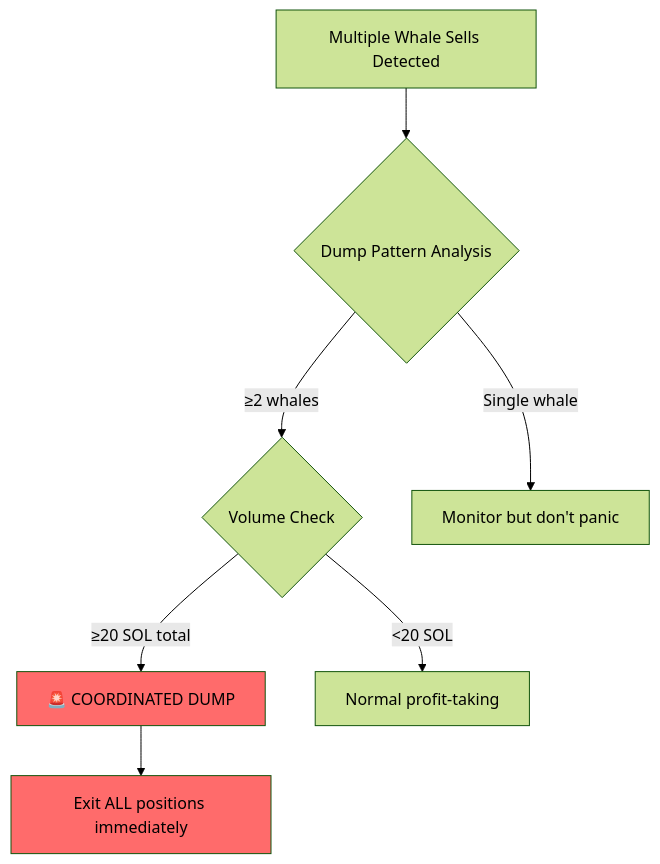
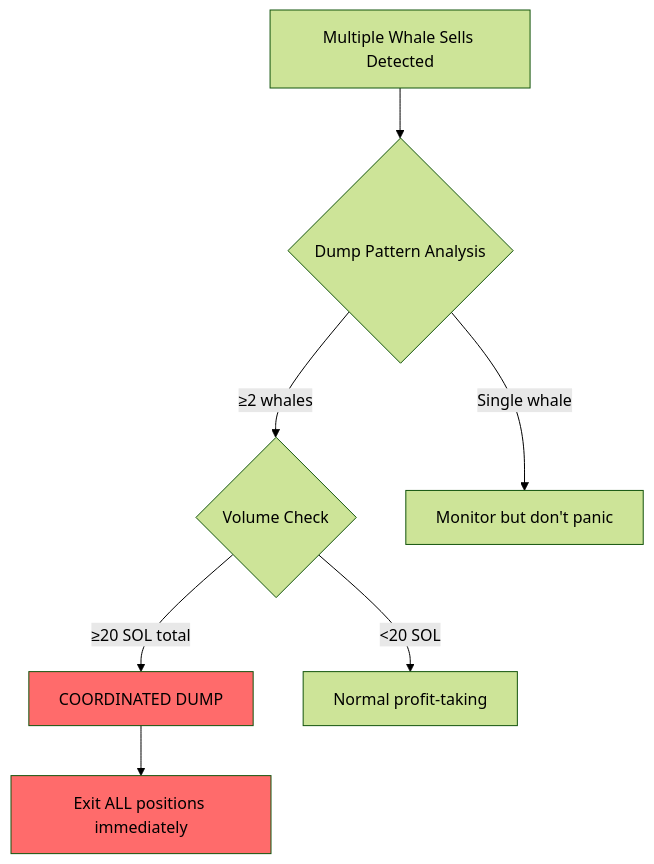
Before and after one commit to openSVM/solisp-book: diagram 12 of 20 in src/17_whale_copy_trading.md, drawn with Mermaid (forest theme). The commit also changed other lines of this file and 20 other files, not shown here.

````diff
--- a/src/17_whale_copy_trading.md
+++ b/src/17_whale_copy_trading.md
@@ -784,12 +784,12 @@
 ```mermaid
 graph TD
     A[Multiple Whale Sells Detected] --> B{Dump Pattern Analysis}
     B -->|≥2 whales| C{Volume Check}
-    C -->|≥20 SOL total| D[🚨 COORDINATED DUMP]
+    C -->|≥20 SOL total| D[ COORDINATED DUMP]
     D --> E[Exit ALL positions immediately]
     B -->|Single whale| F[Monitor but don't panic]
     C -->|<20 SOL| G[Normal profit-taking]
 
     style D fill:#ff6b6b
     style E fill:#ff6b6b
 ```
````
